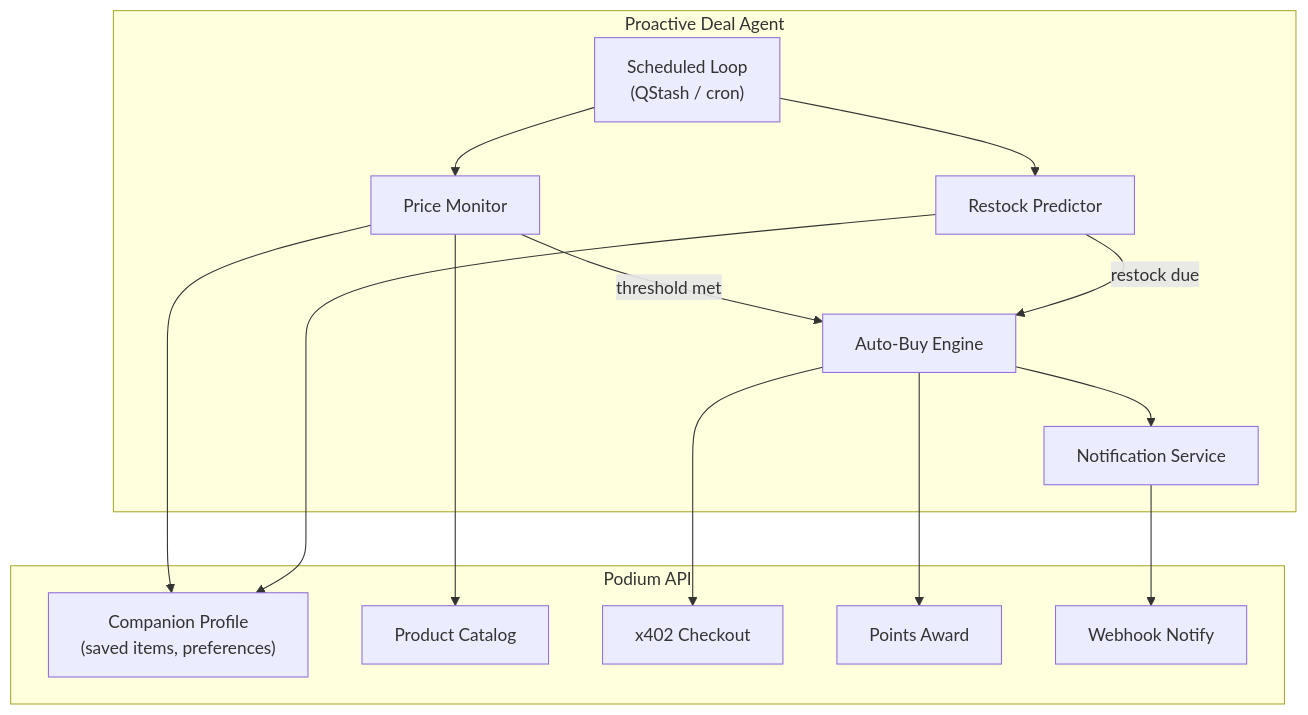
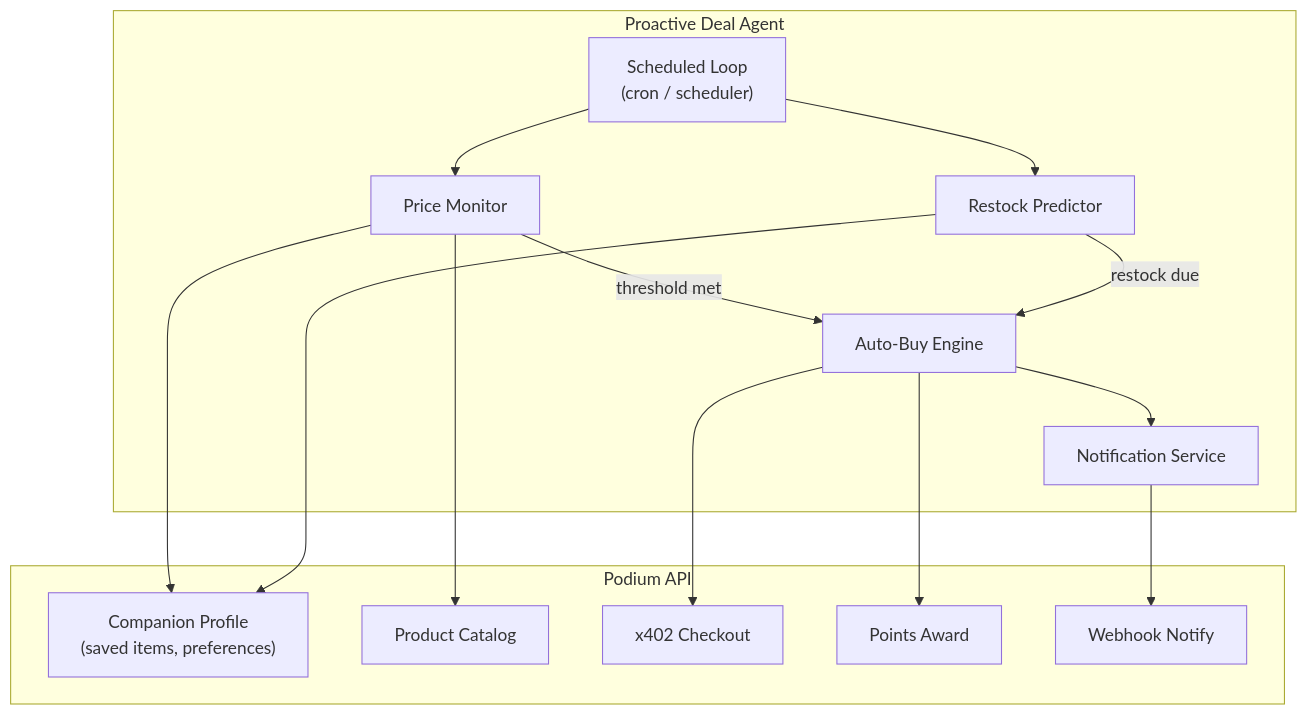
One commit to kiki-world-01/Docs changed the diagram in recipes/deal-agent.mdx. Above: the diagram before and after it, drawn with Mermaid. The commit also changed other lines of this file and 25 other files, not shown here.

````diff
--- a/recipes/deal-agent.mdx
+++ b/recipes/deal-agent.mdx
@@ -10,30 +10,30 @@
 ```mermaid
 graph TB
     subgraph agent ["Proactive Deal Agent"]
-        Cron["Scheduled Loop<br/>(QStash / cron)"]
+        Cron["Scheduled Loop<br/>(cron / scheduler)"]
         PriceCheck["Price Monitor"]
         RestockCheck["Restock Predictor"]
         AutoBuy["Auto-Buy Engine"]
         Notify["Notification Service"]
     end
 
     subgraph podium ["Podium API"]
         Profile["Companion Profile<br/>(saved items, preferences)"]
         Catalog["Product Catalog"]
         Checkout["x402 Checkout"]
         Points["Points Award"]
         Webhook["Webhook Notify"]
     end
 
     Cron --> PriceCheck
     Cron --> RestockCheck
     PriceCheck --> Catalog
     PriceCheck --> Profile
     RestockCheck --> Profile
     PriceCheck -->|threshold met| AutoBuy
     RestockCheck -->|restock due| AutoBuy
     AutoBuy --> Checkout
     AutoBuy --> Points
     AutoBuy --> Notify
     Notify --> Webhook
 ```
````
